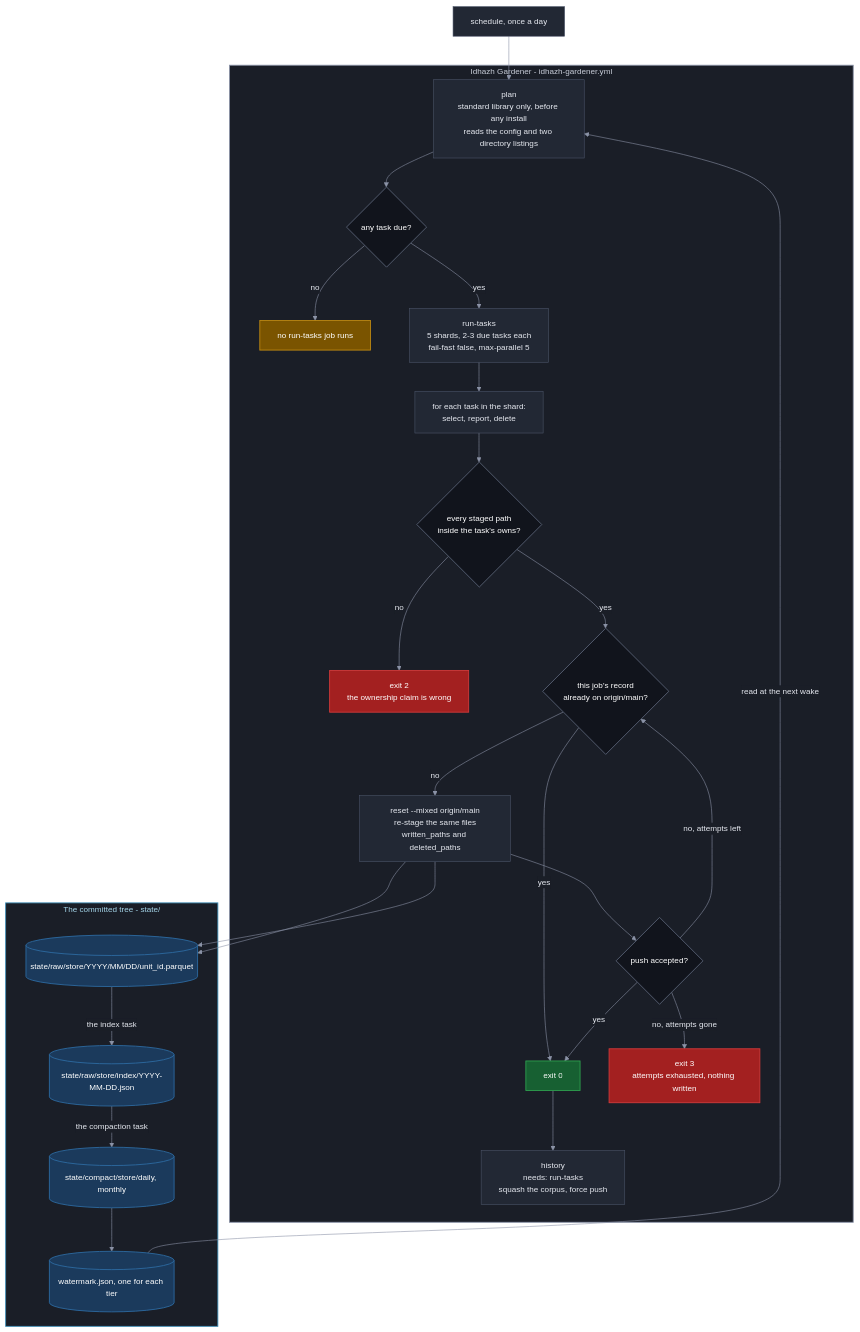
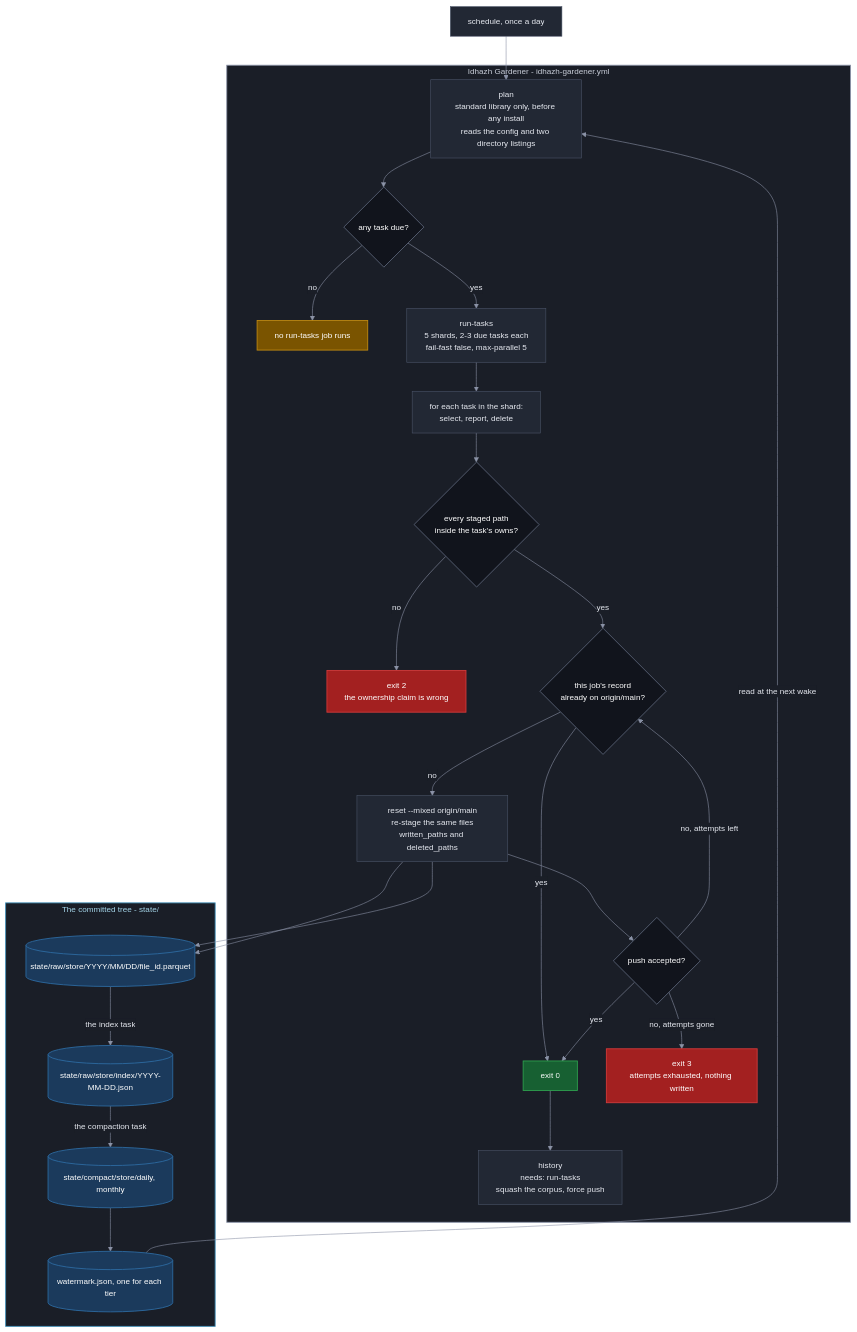
One commit to miztiik/yen-idhazh changed the first of 2 diagrams in TODO/20260924-50-idhazh-gardener-plan.md. Above: the diagram before and after it, drawn with Mermaid. The commit also changed other lines of this file and 5 other files, not shown here.

````diff
--- a/TODO/20260924-50-idhazh-gardener-plan.md
+++ b/TODO/20260924-50-idhazh-gardener-plan.md
@@ -155,68 +155,68 @@
 ```mermaid
 %%{init: {"theme": "base", "themeVariables": {"background": "#0f1117", "primaryColor": "#222834", "primaryTextColor": "#e6e9f0", "primaryBorderColor": "#4b5468", "lineColor": "#8b93a7", "textColor": "#e6e9f0", "clusterBkg": "#1a1e27", "clusterBorder": "#3a4254", "titleColor": "#e6e9f0", "edgeLabelBackground": "#1a1e27", "fontSize": "14px"}}}%%
 flowchart TB
   CRON["schedule, once a day"]
 
   subgraph OPS["Idhazh Gardener - idhazh-gardener.yml"]
     PLAN["plan<br/>standard library only, before any install<br/>reads the config and two directory listings"]
     ANY{"any task due?"}
     IDLE["no run-tasks job runs"]
     TEND["run-tasks<br/>5 shards, 2-3 due tasks each<br/>fail-fast false, max-parallel 5"]
     RUN["for each task in the shard:<br/>select, report, delete"]
     OWNED{"every staged path<br/>inside the task's owns?"}
     OUTSIDE["exit 2<br/>the ownership claim is wrong"]
     LANDED{"this job's record<br/>already on origin/main?"}
     REAPPLY["reset --mixed origin/main<br/>re-stage the same files<br/>written_paths and deleted_paths"]
     PUSHED{"push accepted?"}
     OK["exit 0"]
     LOST["exit 3<br/>attempts exhausted, nothing written"]
     HIST["history<br/>needs: run-tasks<br/>squash the corpus, force push"]
   end
 
   subgraph TREE["The committed tree - state/"]
-    RAW[("state/raw/store/YYYY/MM/DD/unit_id.parquet")]
+    RAW[("state/raw/store/YYYY/MM/DD/file_id.parquet")]
     RIDX[("state/raw/store/index/YYYY-MM-DD.json")]
     COMPACT[("state/compact/store/daily, monthly")]
     WM[("watermark.json, one for each tier")]
   end
 
   CRON --> PLAN
   PLAN --> ANY
   ANY -->|"no"| IDLE
   ANY -->|"yes"| TEND
   TEND --> RUN
   RUN --> OWNED
   OWNED -->|"no"| OUTSIDE
   OWNED -->|"yes"| LANDED
   LANDED -->|"yes"| OK
   LANDED -->|"no"| REAPPLY
   REAPPLY --> RAW
   REAPPLY --> PUSHED
   PUSHED -->|"yes"| OK
   PUSHED -->|"no, attempts left"| LANDED
   PUSHED -->|"no, attempts gone"| LOST
   OK --> HIST
   WM -->|"read at the next wake"| PLAN
   REAPPLY --> RAW
   RAW -->|"the index task"| RIDX
   RIDX -->|"the compaction task"| COMPACT
   COMPACT --> WM
 
   classDef stage fill:#222834,stroke:#4b5468,stroke-width:1px,color:#e6e9f0;
   classDef decision fill:#11141c,stroke:#5b6477,stroke-width:1.5px,color:#ffffff;
   classDef yes fill:#176032,stroke:#2ea04f,stroke-width:1.5px,color:#ffffff;
   classDef no fill:#a32020,stroke:#d23b3b,stroke-width:1.5px,color:#ffffff;
   classDef warn fill:#7a5400,stroke:#c08a12,stroke-width:1.5px,color:#ffffff;
   classDef store fill:#1b3a5c,stroke:#2d6ca3,stroke-width:1.5px,color:#ffffff;
   classDef sysOps fill:#1a1e27,stroke:#8b93a7,stroke-width:1.5px,color:#c8cdd8;
   classDef sysPublish fill:#1a1e27,stroke:#3f8fb8,stroke-width:1.5px,color:#a5d6ea;
 
   class CRON,PLAN,TEND,RUN,REAPPLY,HIST stage;
   class ANY,OWNED,LANDED,PUSHED decision;
   class OK yes;
   class OUTSIDE,LOST no;
   class IDLE warn;
   class RAW,COMPACT,RIDX,WM store;
   class OPS sysOps;
   class TREE sysPublish;
 ```
````
